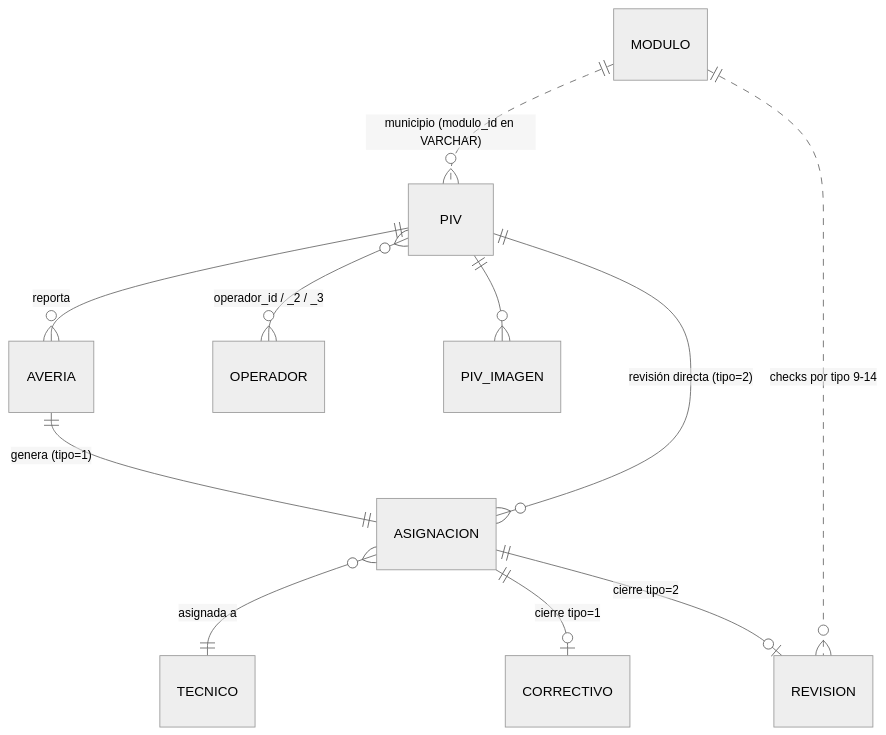
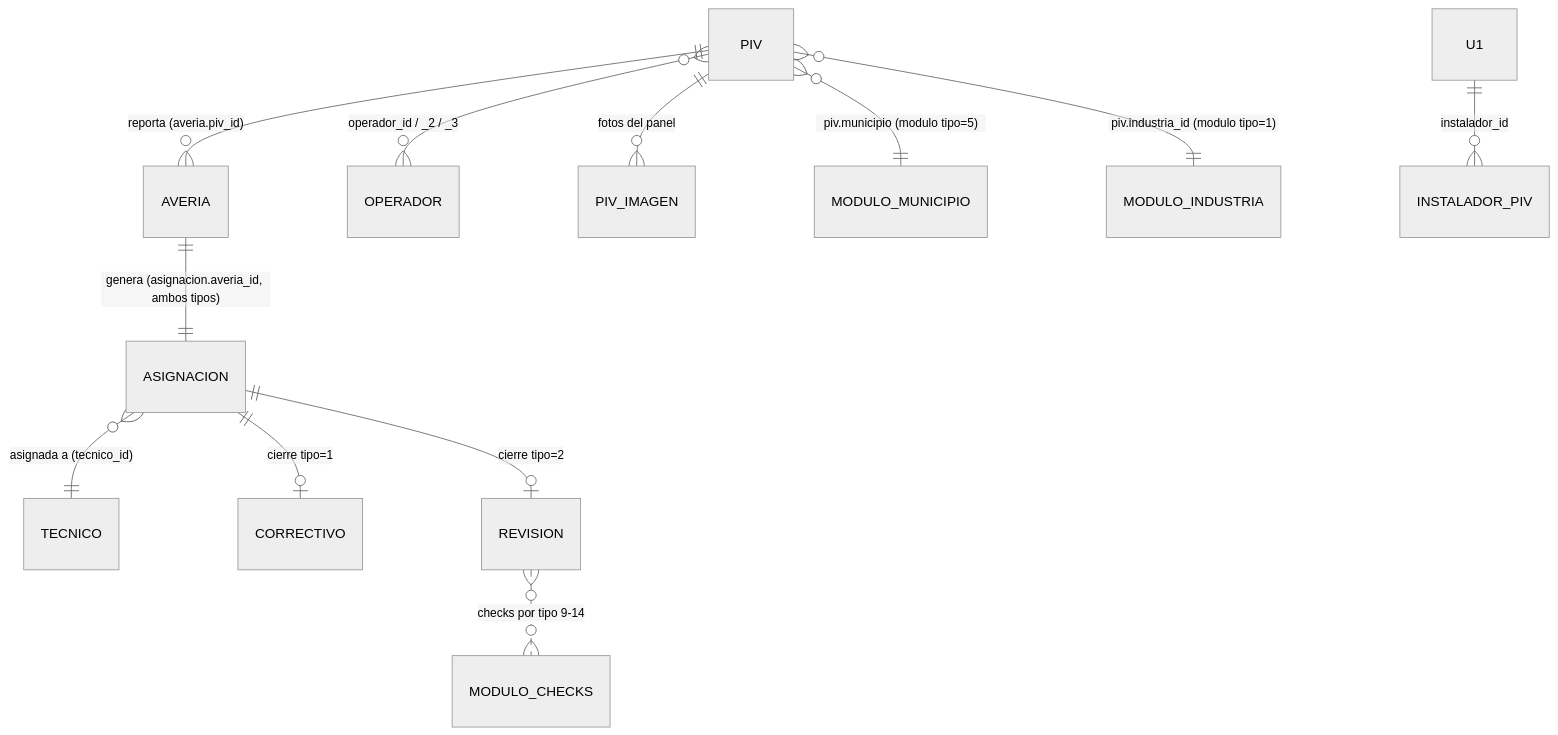
The second of 2 diagrams in ARCHITECTURE.md (blancosampedro-ship-it/pivscrtm), drawn with Mermaid (neutral theme) before and after one commit. The commit also changed other lines of this file, not shown here.

First line of the commit message:
docs: replace ARCHITECTURE §5.1-5.3 with verified schema from prod

````diff
--- a/ARCHITECTURE.md
+++ b/ARCHITECTURE.md
@@ -95,13 +99,14 @@
 ```mermaid
 erDiagram
-    PIV ||--o{ AVERIA : "reporta"
-    AVERIA ||--|| ASIGNACION : "genera (tipo=1)"
-    PIV ||--o{ ASIGNACION : "revisión directa (tipo=2)"
-    ASIGNACION }o--|| TECNICO : "asignada a"
+    PIV ||--o{ AVERIA : "reporta (averia.piv_id)"
+    AVERIA ||--|| ASIGNACION : "genera (asignacion.averia_id, ambos tipos)"
+    ASIGNACION }o--|| TECNICO : "asignada a (tecnico_id)"
     ASIGNACION ||--o| CORRECTIVO : "cierre tipo=1"
     ASIGNACION ||--o| REVISION   : "cierre tipo=2"
     PIV }o--o{ OPERADOR : "operador_id / _2 / _3"
-    PIV ||--o{ PIV_IMAGEN : ""
-    MODULO ||..o{ PIV : "municipio (modulo_id en VARCHAR)"
-    MODULO ||..o{ REVISION : "checks por tipo 9-14"
+    PIV ||--o{ PIV_IMAGEN : "fotos del panel"
+    PIV }o--|| MODULO_MUNICIPIO : "piv.municipio (modulo tipo=5)"
+    PIV }o--|| MODULO_INDUSTRIA : "piv.industria_id (modulo tipo=1)"
+    REVISION }o..o{ MODULO_CHECKS : "checks por tipo 9-14"
+    U1 ||--o{ INSTALADOR_PIV : "instalador_id"
 ```
````
